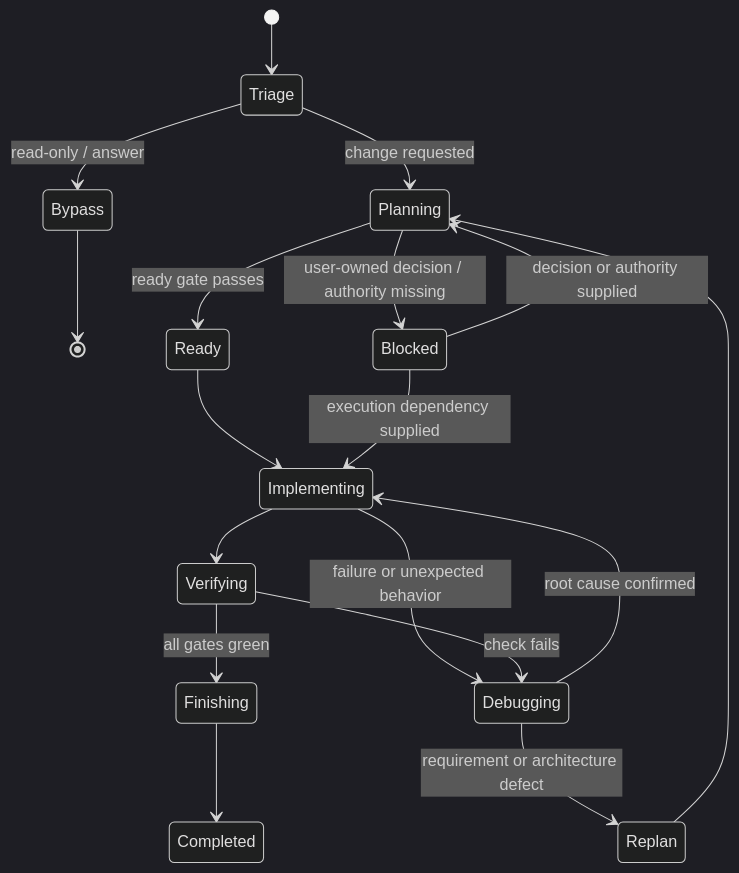
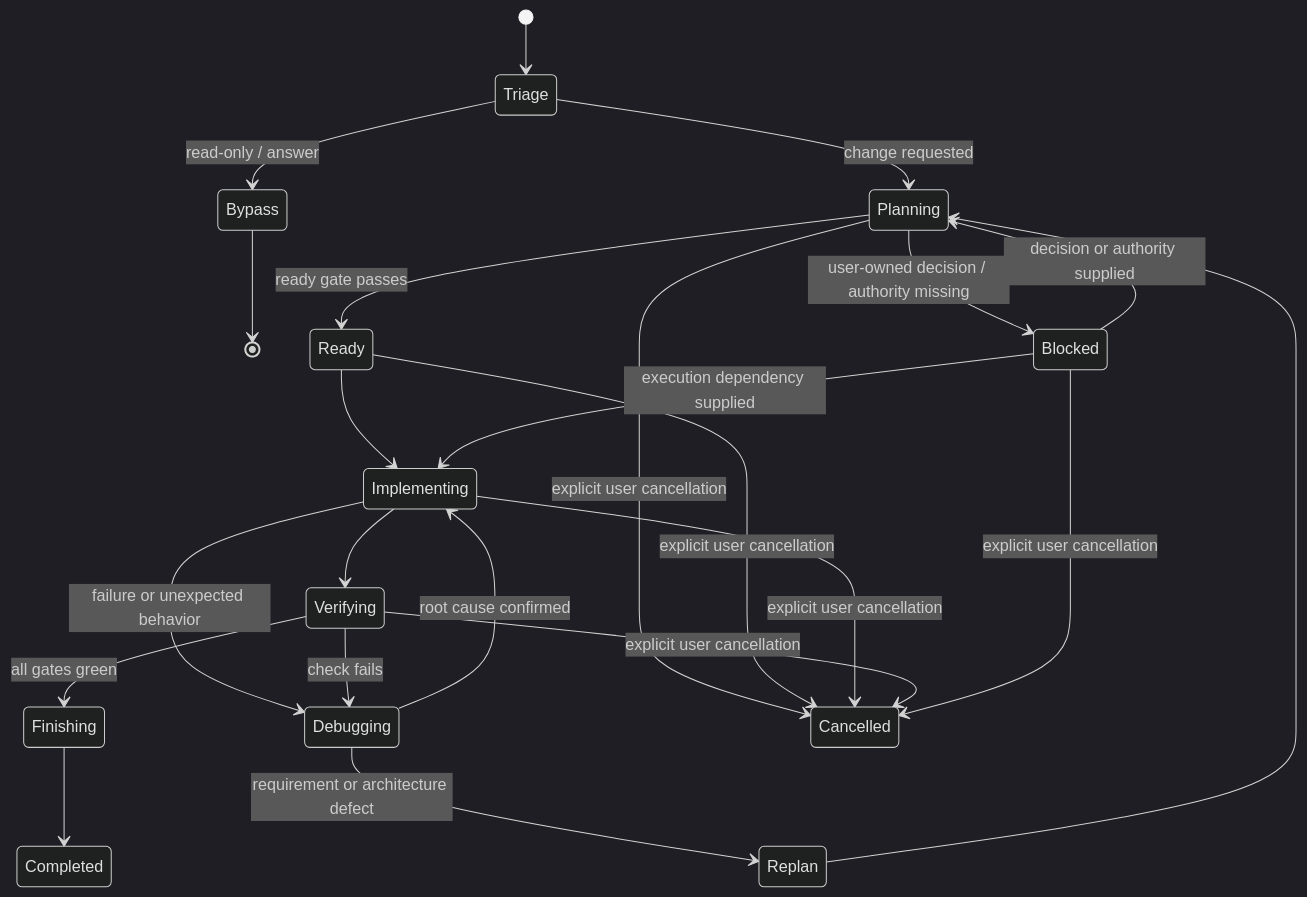
Before and after one commit to tamtiger/harnix: the diagram in docs/HARNIX_WORKFLOW.md, drawn with Mermaid (dark theme). The commit also changed other lines of this file and 37 other files, not shown here.

Commit message:
feat: add explicit task cancellation lifecycle

````diff
--- a/docs/HARNIX_WORKFLOW.md
+++ b/docs/HARNIX_WORKFLOW.md
@@ -52,20 +54,25 @@
 ```mermaid
 stateDiagram-v2
     [*] --> Triage
     Triage --> Bypass: read-only / answer
     Triage --> Planning: change requested
     Bypass --> [*]
     Planning --> Ready: ready gate passes
     Planning --> Blocked: user-owned decision / authority missing
     Ready --> Implementing
     Implementing --> Verifying
     Implementing --> Debugging: failure or unexpected behavior
     Verifying --> Finishing: all gates green
     Verifying --> Debugging: check fails
     Debugging --> Implementing: root cause confirmed
     Debugging --> Replan: requirement or architecture defect
     Replan --> Planning
     Finishing --> Completed
+    Planning --> Cancelled: explicit user cancellation
+    Ready --> Cancelled: explicit user cancellation
+    Implementing --> Cancelled: explicit user cancellation
+    Verifying --> Cancelled: explicit user cancellation
+    Blocked --> Cancelled: explicit user cancellation
     Blocked --> Planning: decision or authority supplied
     Blocked --> Implementing: execution dependency supplied
 ```
````
